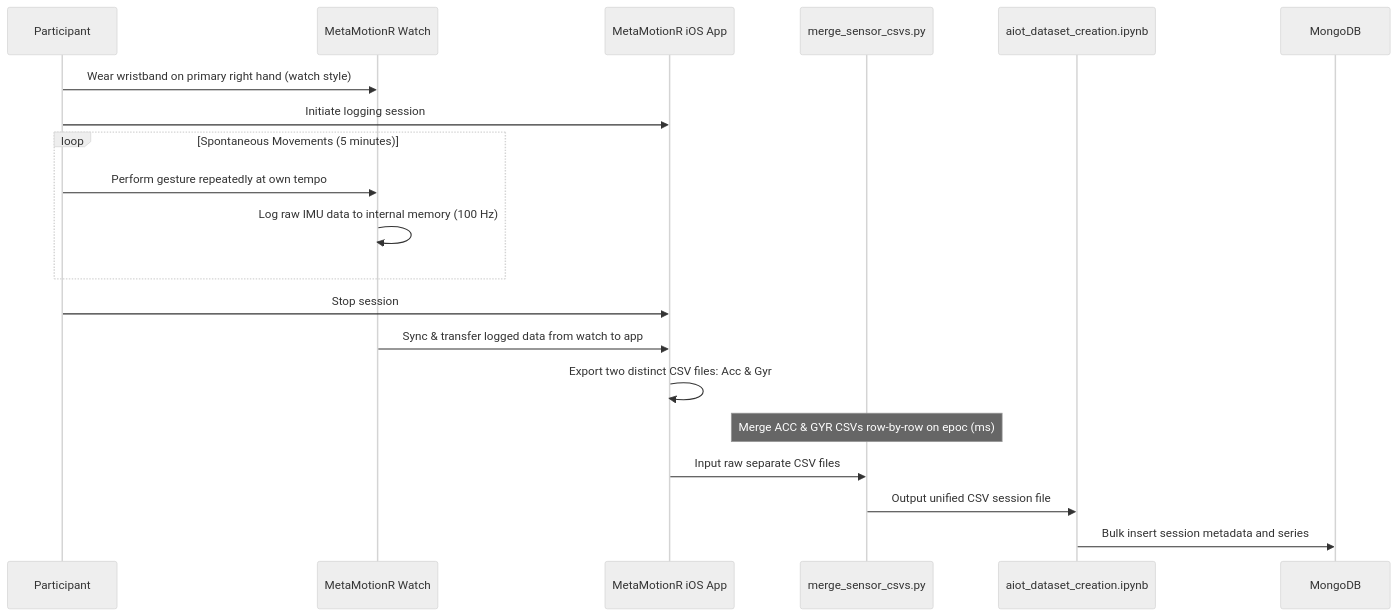
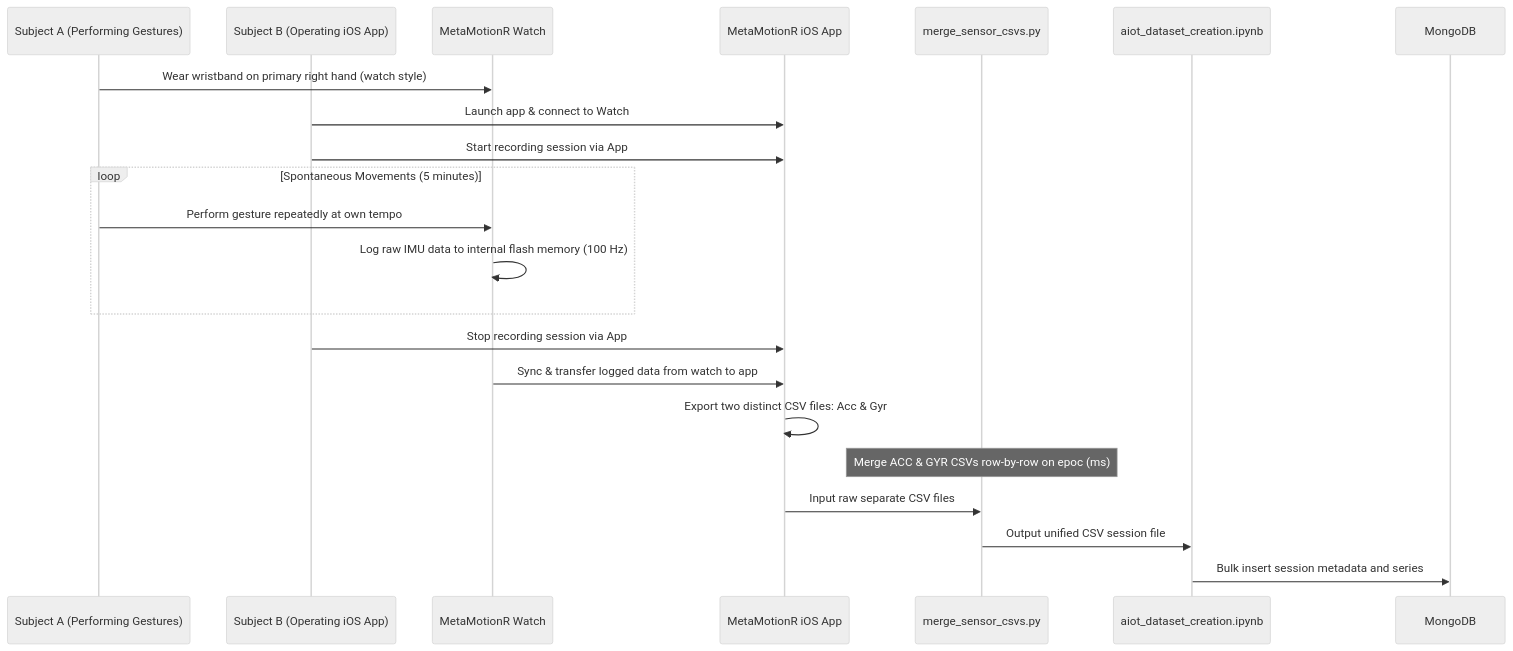
The diagram in docs/gesture_collection_procedure.md (spyrosManolatos/AIoT-Human-Gesture-Recognition), drawn with Mermaid (neutral theme) before and after one commit.

Commit message:
docs: update gesture collection sequence diagram to clarify multi-subject roles and workflow steps

````diff
--- a/docs/gesture_collection_procedure.md
+++ b/docs/gesture_collection_procedure.md
@@ -73,23 +73,25 @@
 ```mermaid
 sequenceDiagram
-    participant User as Participant
+    participant Subj_A as Subject A (Performing Gestures)
+    participant Subj_B as Subject B (Operating iOS App)
     participant Watch as MetaMotionR Watch
     participant App as MetaMotionR iOS App
     participant Script as merge_sensor_csvs.py
     participant NB as aiot_dataset_creation.ipynb
     participant DB as MongoDB
     
-    User->>Watch: Wear wristband on primary right hand (watch style)
-    User->>App: Initiate logging session
+    Subj_A->>Watch: Wear wristband on primary right hand (watch style)
+    Subj_B->>App: Launch app & connect to Watch
+    Subj_B->>App: Start recording session via App
     loop Spontaneous Movements (5 minutes)
-        User->>Watch: Perform gesture repeatedly at own tempo
-        Watch->>Watch: Log raw IMU data to internal memory (100 Hz)
+        Subj_A->>Watch: Perform gesture repeatedly at own tempo
+        Watch->>Watch: Log raw IMU data to internal flash memory (100 Hz)
     end
-    User->>App: Stop session
+    Subj_B->>App: Stop recording session via App
     Watch->>App: Sync & transfer logged data from watch to app
     App->>App: Export two distinct CSV files: Acc & Gyr
     Note over Script: Merge ACC & GYR CSVs row-by-row on epoc (ms)
     App->>Script: Input raw separate CSV files
     Script->>NB: Output unified CSV session file
     NB->>DB: Bulk insert session metadata and series
 ```
````
